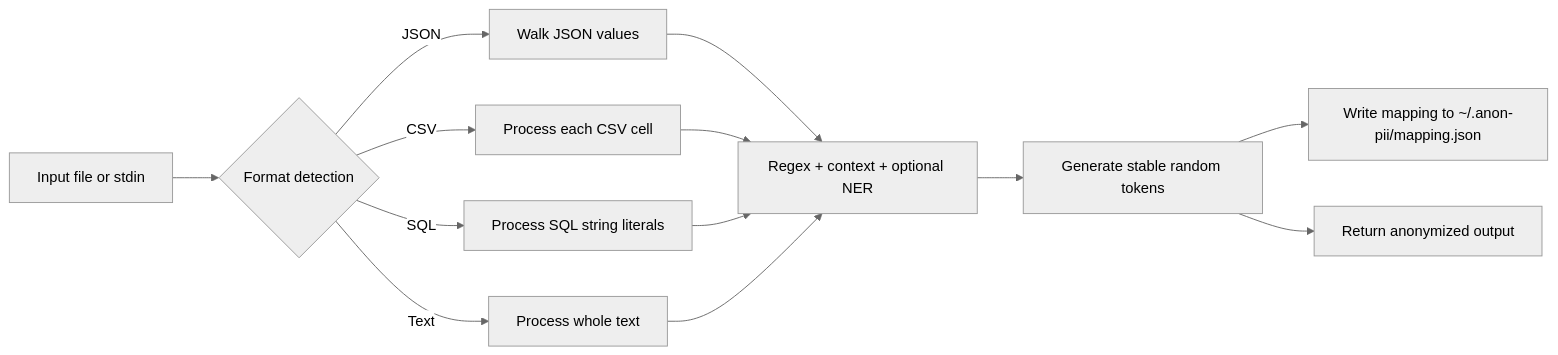
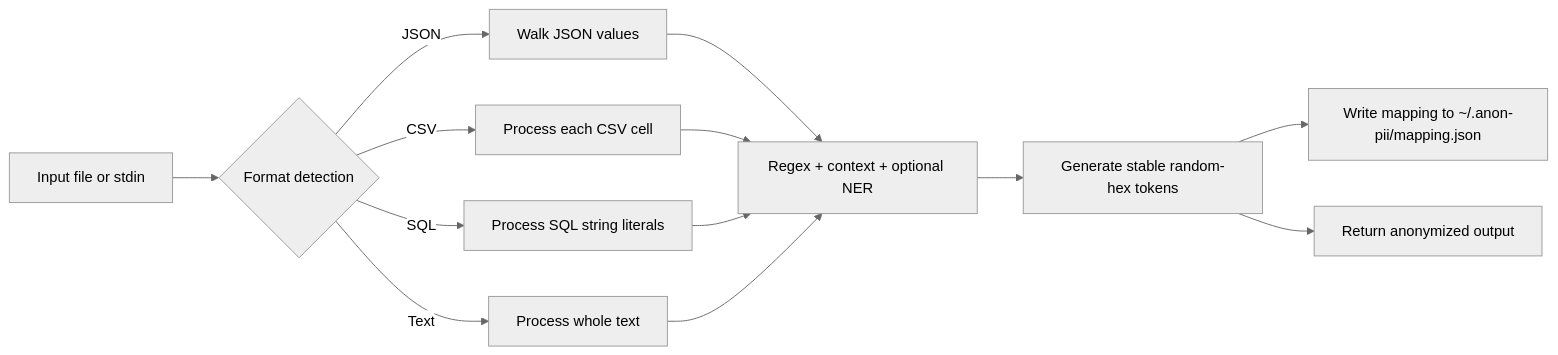
One commit to tcheuD/anon-pii changed the first of 3 diagrams in README.md. Above: the diagram before and after it, drawn with Mermaid (neutral theme). The commit also changed other lines of this file and 16 other files, not shown here.

````diff
--- a/README.md
+++ b/README.md
@@ -128,15 +165,15 @@
 ```mermaid
 flowchart LR
     A[Input file or stdin] --> B{Format detection}
     B -->|JSON| C[Walk JSON values]
     B -->|CSV| D[Process each CSV cell]
     B -->|SQL| E[Process SQL string literals]
     B -->|Text| F[Process whole text]
     C --> G[Regex + context + optional NER]
     D --> G
     E --> G
     F --> G
-    G --> H[Generate stable random tokens]
+    G --> H[Generate stable random-hex tokens]
     H --> I[Write mapping to ~/.anon-pii/mapping.json]
     H --> J[Return anonymized output]
 ```
````
